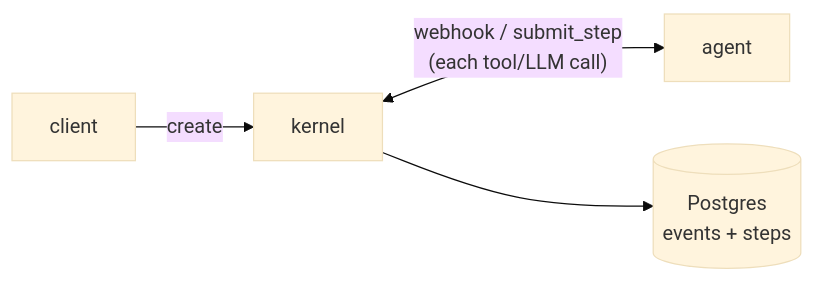
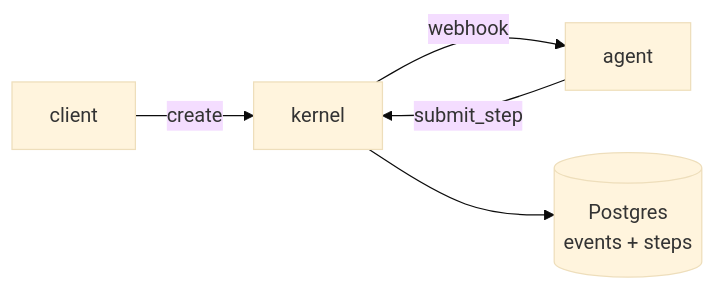
Before and after one commit to rebuno/rebuno: the first of 3 diagrams in docs/architecture.md, drawn with Mermaid (base theme). The commit also changed other lines of this file, not shown here.

Commit message:
update mermaid diagrams

````diff
--- a/docs/architecture.md
+++ b/docs/architecture.md
@@ -8,6 +8,7 @@
 ```mermaid
 flowchart LR
     client -->|create| kernel
-    kernel <-->|"webhook / submit_step<br>(each tool/LLM call)"| agent
+    kernel -->|webhook| agent
+    agent -->|submit_step| kernel
     kernel --> db[("Postgres<br>events + steps")]
 ```
````
